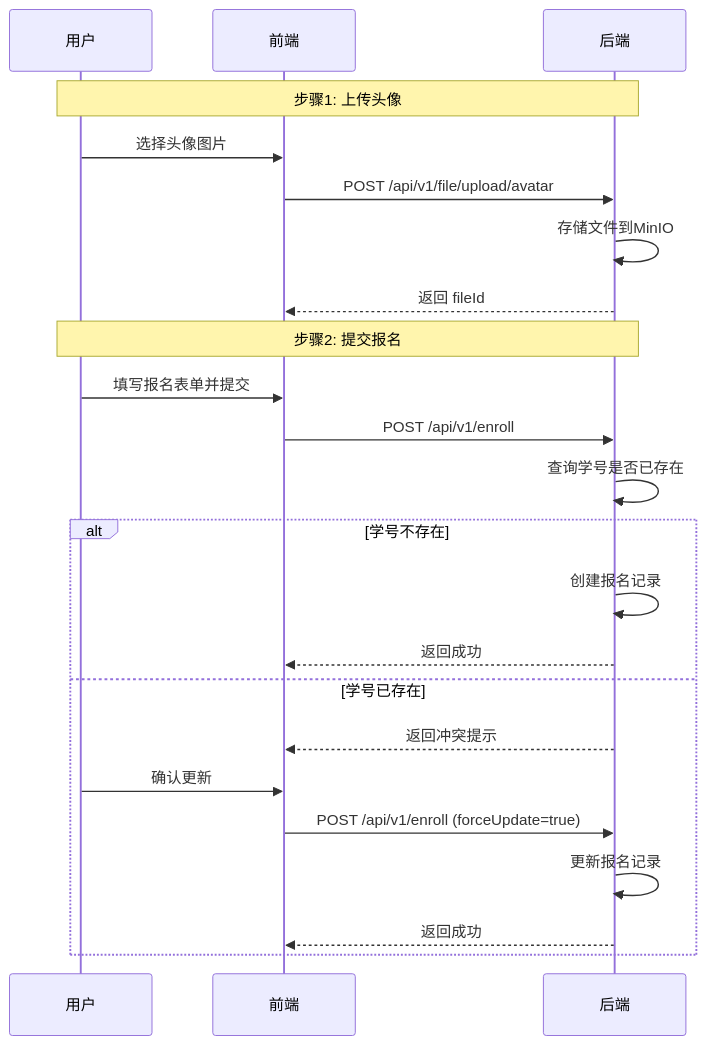
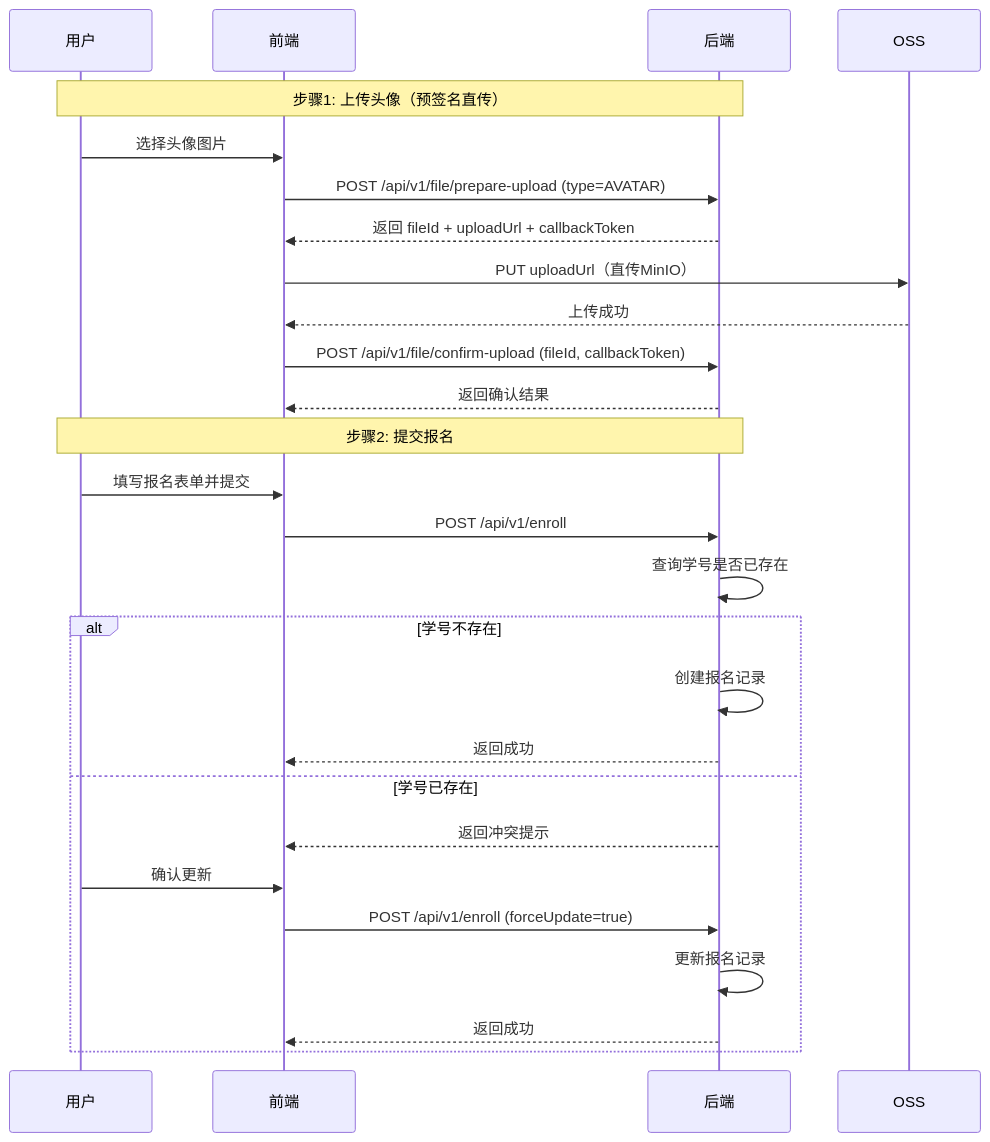
Before and after one commit to Blue-Net-Team/official-web2: the second of 4 diagrams in docs/后端开发手册.md, drawn with Mermaid. The commit also changed other lines of this file and 4 other files, not shown here.

````diff
--- a/docs/后端开发手册.md
+++ b/docs/后端开发手册.md
@@ -447,28 +464,31 @@
 ```mermaid
 sequenceDiagram
     participant U as 用户
     participant F as 前端
     participant B as 后端
 
-    Note over U,B: 步骤1: 上传头像
+    Note over U,B: 步骤1: 上传头像（预签名直传）
     U->>F: 选择头像图片
-    F->>B: POST /api/v1/file/upload/avatar
-    B->>B: 存储文件到MinIO
-    B-->>F: 返回 fileId
+    F->>B: POST /api/v1/file/prepare-upload (type=AVATAR)
+    B-->>F: 返回 fileId + uploadUrl + callbackToken
+    F->>OSS: PUT uploadUrl（直传MinIO）
+    OSS-->>F: 上传成功
+    F->>B: POST /api/v1/file/confirm-upload (fileId, callbackToken)
+    B-->>F: 返回确认结果
     
     Note over U,B: 步骤2: 提交报名
     U->>F: 填写报名表单并提交
     F->>B: POST /api/v1/enroll
     B->>B: 查询学号是否已存在
     
     alt 学号不存在
         B->>B: 创建报名记录
         B-->>F: 返回成功
     else 学号已存在
         B-->>F: 返回冲突提示
         U->>F: 确认更新
         F->>B: POST /api/v1/enroll (forceUpdate=true)
         B->>B: 更新报名记录
         B-->>F: 返回成功
     end
 ```
````
